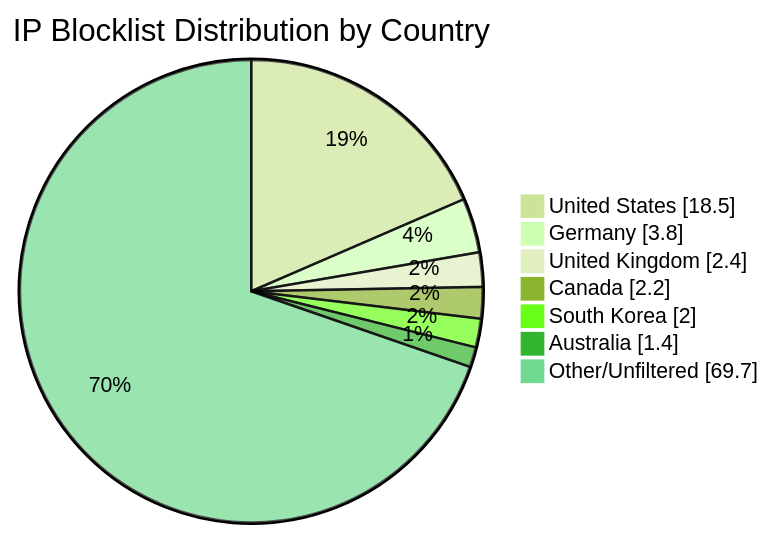
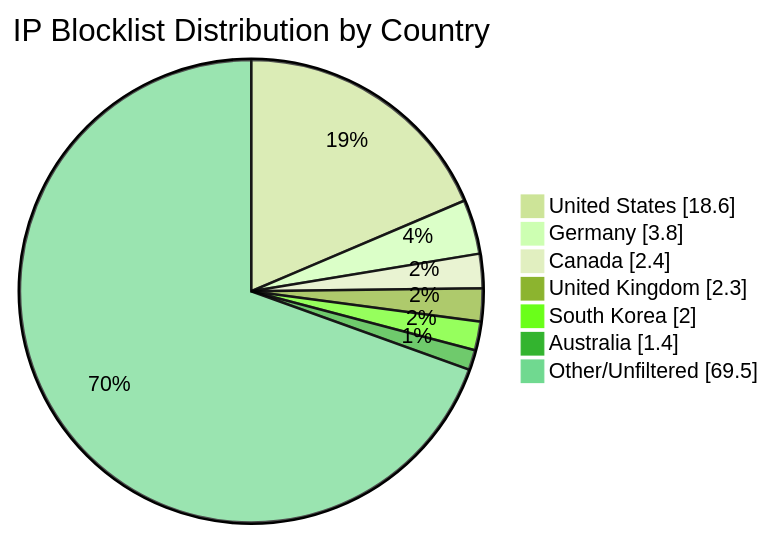
The diagram in README.md (MarcusHoltz/ipblocklist-geofiltered-aggregator), drawn with Mermaid (forest theme) before and after one commit. The commit also changed other lines of this file and 9 other files, not shown here.

````diff
--- a/README.md
+++ b/README.md
@@ -34,10 +34,10 @@
 ```mermaid
 pie showData title IP Blocklist Distribution by Country
-"United States" : 18.5
+"United States" : 18.6
 "Germany" : 3.8
-"United Kingdom" : 2.4
-"Canada" : 2.2
+"Canada" : 2.4
+"United Kingdom" : 2.3
 "South Korea" : 2.0
 "Australia" : 1.4
-"Other/Unfiltered" : 69.7
+"Other/Unfiltered" : 69.5
 ```
````
